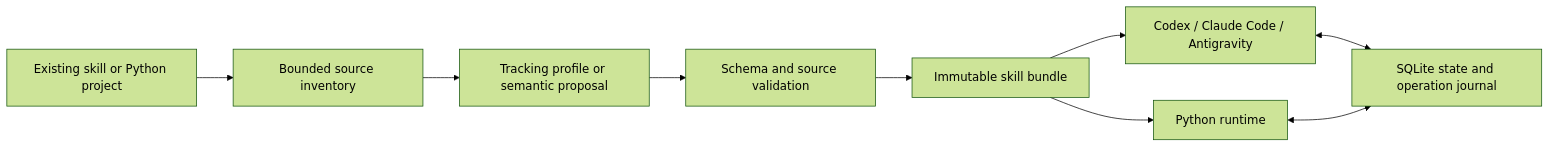
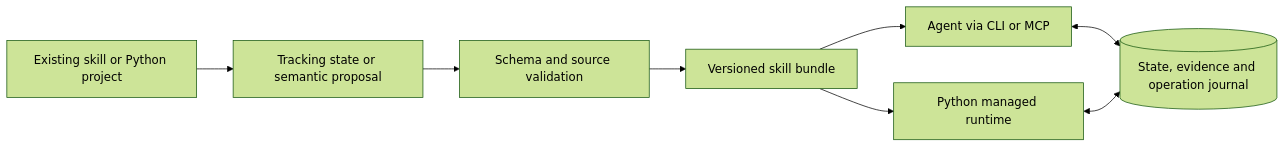
Before and after one commit to Atakan-Emre/skillstate-kit: the diagram in README.md, drawn with Mermaid (forest theme). The commit also changed other lines of this file and 3 other files, not shown here.

````diff
--- a/README.md
+++ b/README.md
@@ -121,11 +184,10 @@
 ```mermaid
 flowchart LR
-    Source[Existing skill or Python project] --> Scan[Bounded source inventory]
-    Scan --> IR[Tracking profile or semantic proposal]
-    IR --> Validate[Schema and source validation]
-    Validate --> Bundle[Immutable skill bundle]
-    Bundle --> Hosts[Codex / Claude Code / Antigravity]
-    Bundle --> SDK[Python runtime]
-    Hosts <--> State[SQLite state and operation journal]
-    SDK <--> State
+    Source[Existing skill or Python project] --> Generate[Tracking state or semantic proposal]
+    Generate --> Validate[Schema and source validation]
+    Validate --> Bundle[Versioned skill bundle]
+    Bundle --> Host[Agent via CLI or MCP]
+    Bundle --> Runtime[Python managed runtime]
+    Host <--> Store[(State, evidence and operation journal)]
+    Runtime <--> Store
 ```
````
